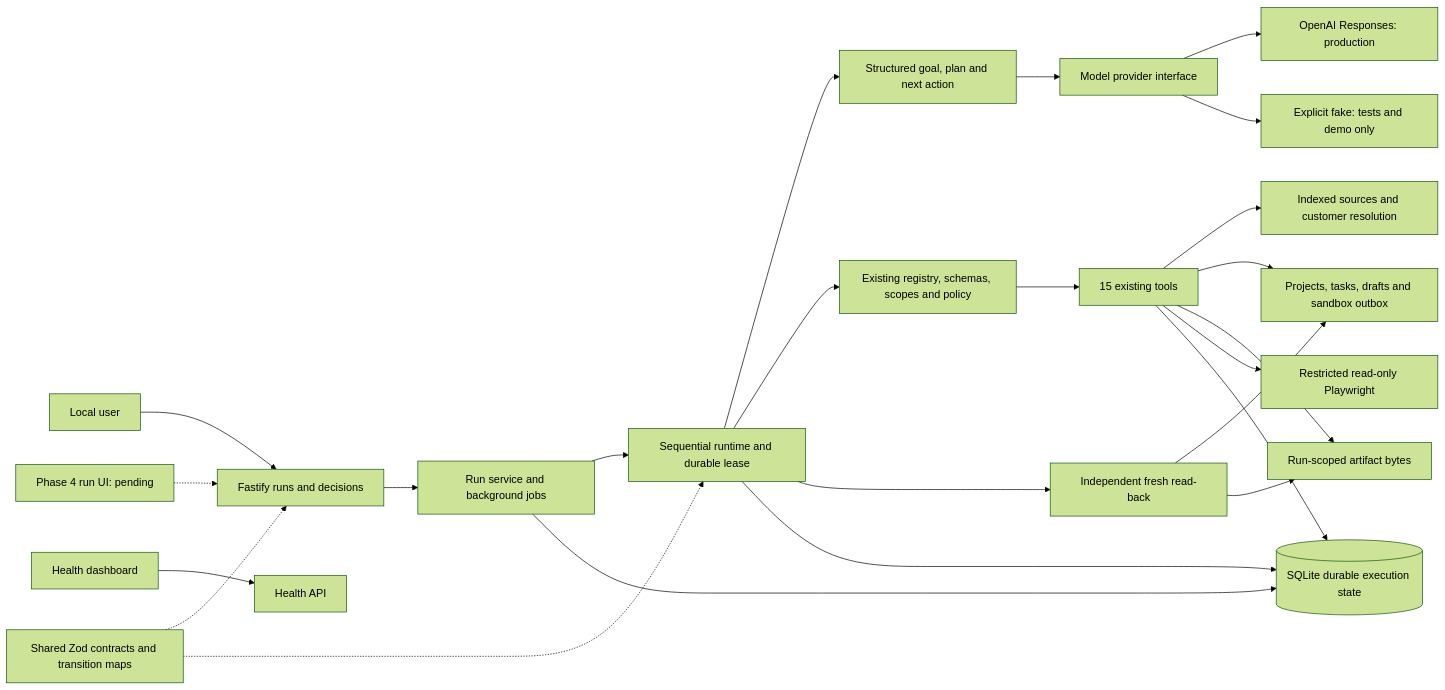
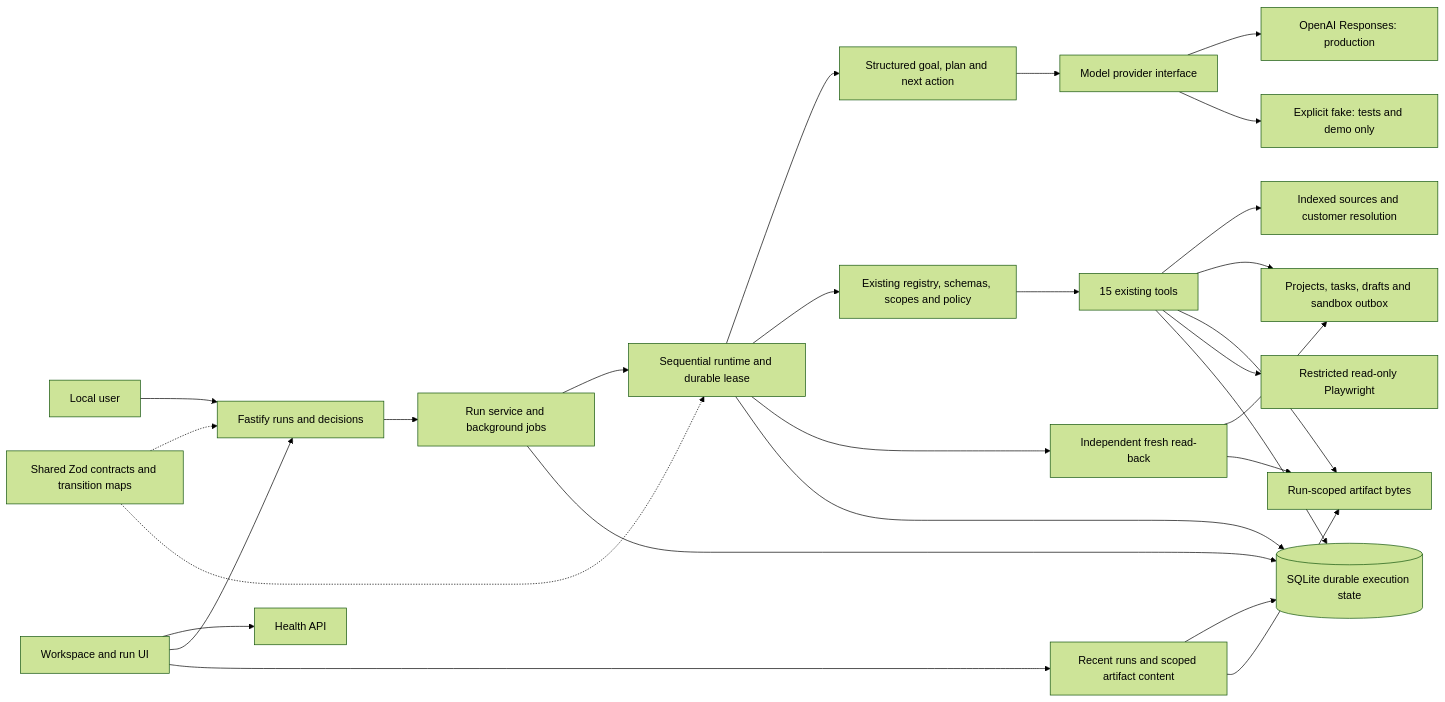
One commit to ad8ya089/centralign-operator changed the diagram in docs/architecture.md. Above: the diagram before and after it, drawn with Mermaid (forest theme). The commit also changed other lines of this file and 25 other files, not shown here.

````diff
--- a/docs/architecture.md
+++ b/docs/architecture.md
@@ -5,26 +5,29 @@
 ```mermaid
 flowchart LR
   User[Local user] --> API[Fastify runs and decisions]
-  Web[Health dashboard] --> Health[Health API]
-  UI[Phase 4 run UI: pending] -.-> API
+  Web[Workspace and run UI] --> Health[Health API]
+  Web --> API
+  Web --> Reads[Recent runs and scoped artifact content]
   API --> Service[Run service and background jobs]
   Service --> Runtime[Sequential runtime and durable lease]
   Runtime --> Decisions[Structured goal, plan and next action]
   Decisions --> Provider[Model provider interface]
   Provider --> OpenAI[OpenAI Responses: production]
   Provider --> Fake[Explicit fake: tests and demo only]
   Runtime --> Controls[Existing registry, schemas, scopes and policy]
   Controls --> Tools[15 existing tools]
   Tools --> Context[Indexed sources and customer resolution]
   Tools --> Business[Projects, tasks, drafts and sandbox outbox]
   Tools --> Files[Run-scoped artifact bytes]
+  Reads --> DB
+  Reads --> Files
   Tools --> Browser[Restricted read-only Playwright]
   Runtime --> Verify[Independent fresh read-back]
   Verify --> Business
   Verify --> Files
   Runtime --> DB[(SQLite durable execution state)]
   Tools --> DB
   Service --> DB
   Shared[Shared Zod contracts and transition maps] -.-> API
   Shared -.-> Runtime
 ```
````
